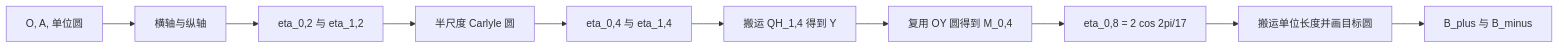
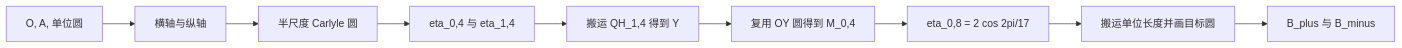
The diagram in baselines/regular-17/detemple-1991-carlyle-improved-converted/explanation.md (lenovobenben/euclid-min), drawn with Mermaid before and after one commit. The commit also changed other lines of this file and 11 other files, not shown here.

````diff
--- a/baselines/regular-17/detemple-1991-carlyle-improved-converted/explanation.md
+++ b/baselines/regular-17/detemple-1991-carlyle-improved-converted/explanation.md
@@ -93,12 +97,11 @@
 ```mermaid
 flowchart LR
   I[O, A, 单位圆] --> AX[横轴与纵轴]
-  AX --> R2[eta_0,2 与 eta_1,2]
-  R2 --> HS[半尺度 Carlyle 圆]
+  AX --> HS[半尺度 Carlyle 圆]
   HS --> R4[eta_0,4 与 eta_1,4]
   R4 --> Y[搬运 QH_1,4 得到 Y]
   Y --> RM[复用 OY 圆得到 M_0,4]
   RM --> R8[eta_0,8 = 2 cos 2pi/17]
   R8 --> TC[搬运单位长度并画目标圆]
   TC --> B[B_plus 与 B_minus]
 ```
````
